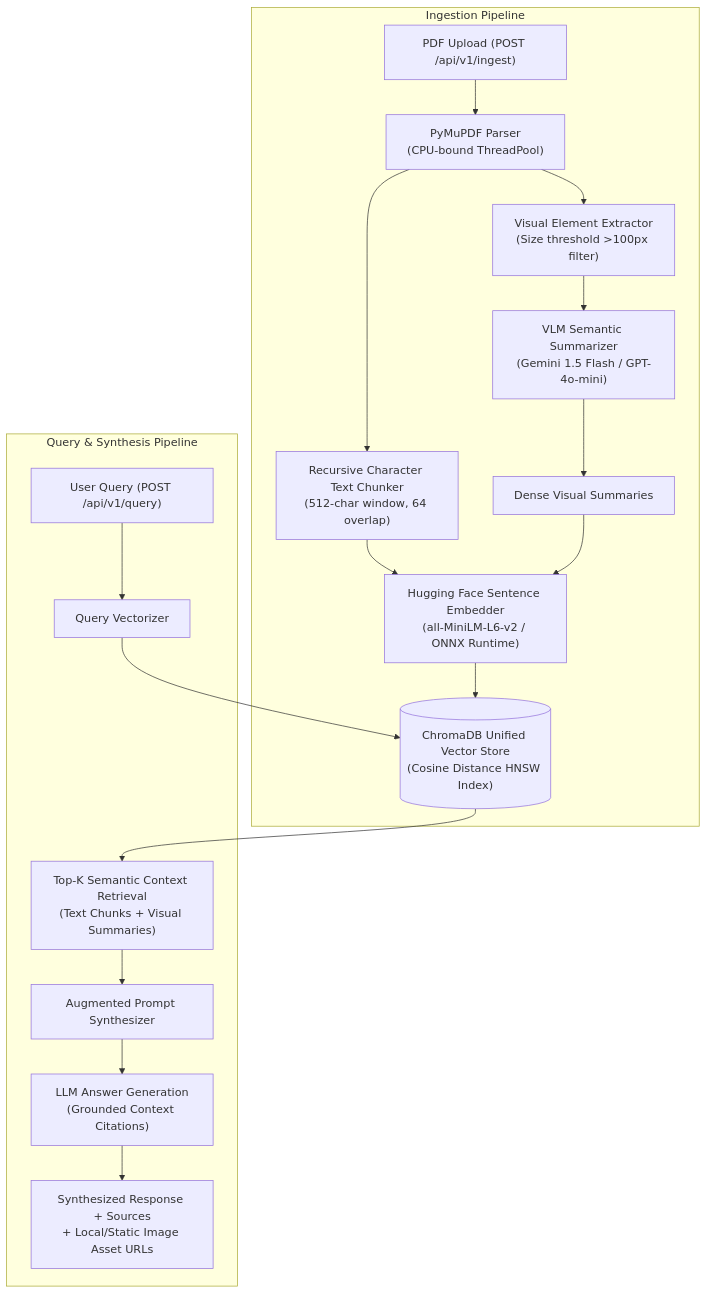
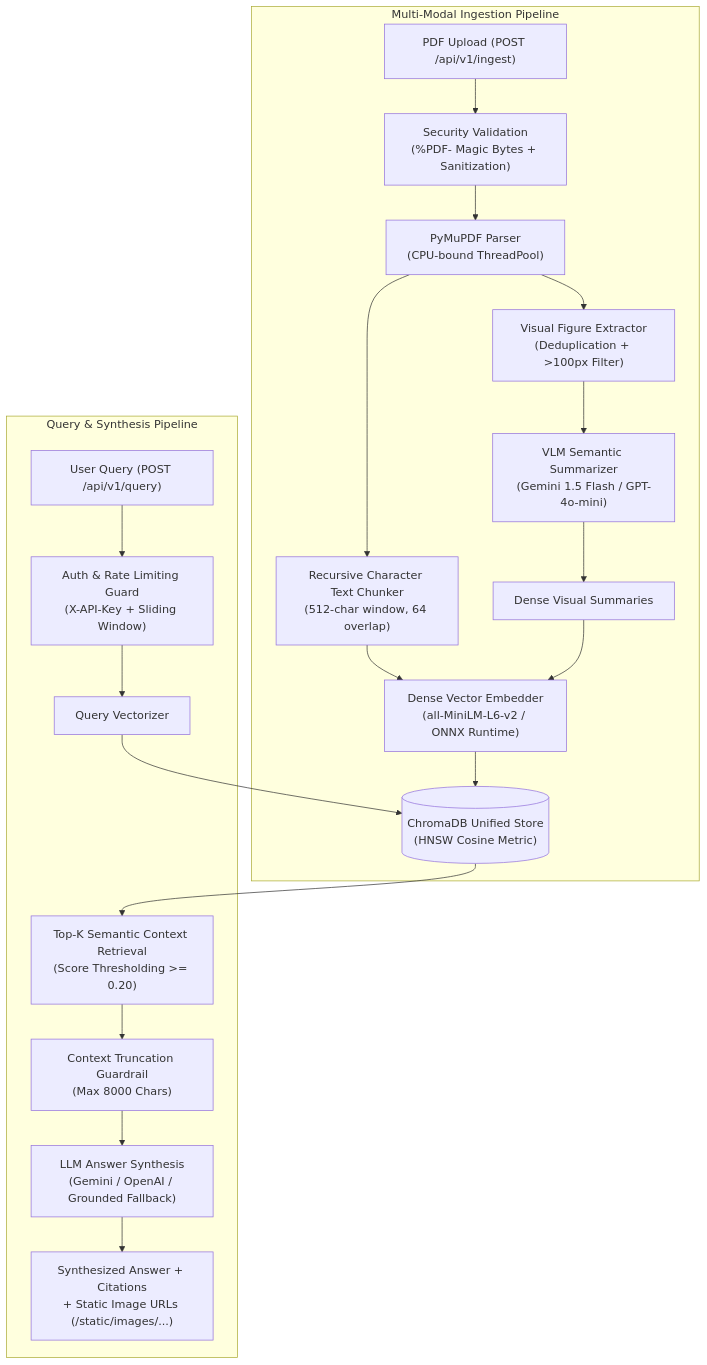
One commit to BELALANSARI07/Multi-Modal-RAG-Knowledge-Engine changed the diagram in README.md. Above: the diagram before and after it, drawn with Mermaid. The commit also changed other lines of this file and 41 other files, not shown here.

````diff
--- a/README.md
+++ b/README.md
@@ -16,22 +18,24 @@
 ```mermaid
 flowchart TD
-    subgraph Ingestion Pipeline
-        A["PDF Upload (POST /api/v1/ingest)"] --> B["PyMuPDF Parser\n(CPU-bound ThreadPool)"]
-        B --> C["Recursive Character Text Chunker\n(512-char window, 64 overlap)"]
-        B --> D["Visual Element Extractor\n(Size threshold >100px filter)"]
-        D --> E["VLM Semantic Summarizer\n(Gemini 1.5 Flash / GPT-4o-mini)"]
-        E --> F["Dense Visual Summaries"]
-        C --> G["Hugging Face Sentence Embedder\n(all-MiniLM-L6-v2 / ONNX Runtime)"]
-        F --> G
-        G --> H[("ChromaDB Unified Vector Store\n(Cosine Distance HNSW Index)")]
+    subgraph Multi-Modal Ingestion Pipeline
+        A["PDF Upload (POST /api/v1/ingest)"] --> B["Security Validation\n(%PDF- Magic Bytes + Sanitization)"]
+        B --> C["PyMuPDF Parser\n(CPU-bound ThreadPool)"]
+        C --> D["Recursive Character Text Chunker\n(512-char window, 64 overlap)"]
+        C --> E["Visual Figure Extractor\n(Deduplication + >100px Filter)"]
+        E --> F["VLM Semantic Summarizer\n(Gemini 1.5 Flash / GPT-4o-mini)"]
+        F --> G["Dense Visual Summaries"]
+        D --> H["Dense Vector Embedder\n(all-MiniLM-L6-v2 / ONNX Runtime)"]
+        G --> H
+        H --> I[("ChromaDB Unified Store\n(HNSW Cosine Metric)")]
     end
 
     subgraph Query & Synthesis Pipeline
-        I["User Query (POST /api/v1/query)"] --> J["Query Vectorizer"]
-        J --> H
-        H --> K["Top-K Semantic Context Retrieval\n(Text Chunks + Visual Summaries)"]
-        K --> L["Augmented Prompt Synthesizer"]
-        L --> M["LLM Answer Generation\n(Grounded Context Citations)"]
-        M --> N["Synthesized Response + Sources\n+ Local/Static Image Asset URLs"]
+        J["User Query (POST /api/v1/query)"] --> K["Auth & Rate Limiting Guard\n(X-API-Key + Sliding Window)"]
+        K --> L["Query Vectorizer"]
+        L --> I
+        I --> M["Top-K Semantic Context Retrieval\n(Score Thresholding >= 0.20)"]
+        M --> N["Context Truncation Guardrail\n(Max 8000 Chars)"]
+        N --> O["LLM Answer Synthesis\n(Gemini / OpenAI / Grounded Fallback)"]
+        O --> P["Synthesized Answer + Citations\n+ Static Image URLs (/static/images/...)"]
     end
 ```
````
